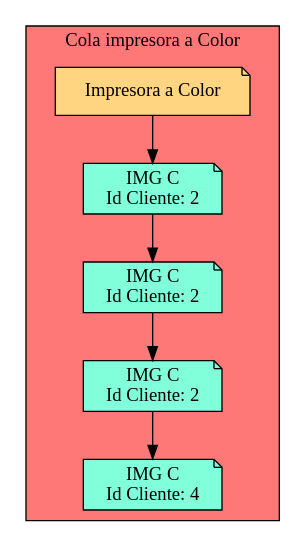
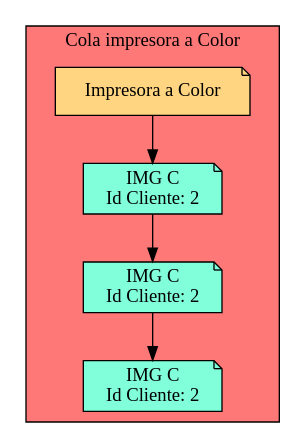
The diagram in Cola_Print_color.dot (Serch-ING/EDD_UDRAWING_202000119), drawn with Graphviz before and after one commit. The commit also changed 12 other files, not shown here.

```diff
--- a/Cola_Print_color.dot
+++ b/Cola_Print_color.dot
@@ -1,21 +1,17 @@
 digraph L {
 node[shape=note fillcolor="#A181FF" style =filled]
 subgraph cluster_p{
     label= " Cola impresora a Color "
  raiz[label = "Impresora a Color" fillcolor="#FFD581" ]    bgcolor = "#FF7878"
-Nodo388357135[label="IMG C 
+Nodo24119573[label="IMG C 
 Id Cliente: 2",fillcolor="#81FFDA"]
-Nodo957465255[label="IMG C 
+Nodo568221876[label="IMG C 
 Id Cliente: 2",fillcolor="#81FFDA"]
-Nodo1254344205[label="IMG C 
+Nodo203849460[label="IMG C 
 Id Cliente: 2",fillcolor="#81FFDA"]
-Nodo558216562[label="IMG C 
-Id Cliente: 4",fillcolor="#81FFDA"]
 
-raiz->Nodo388357135
-Nodo388357135 -> Nodo957465255
+raiz->Nodo24119573
+Nodo24119573 -> Nodo568221876
 
-Nodo957465255 -> Nodo1254344205
-
-Nodo1254344205 -> Nodo558216562
+Nodo568221876 -> Nodo203849460
 }}
```
